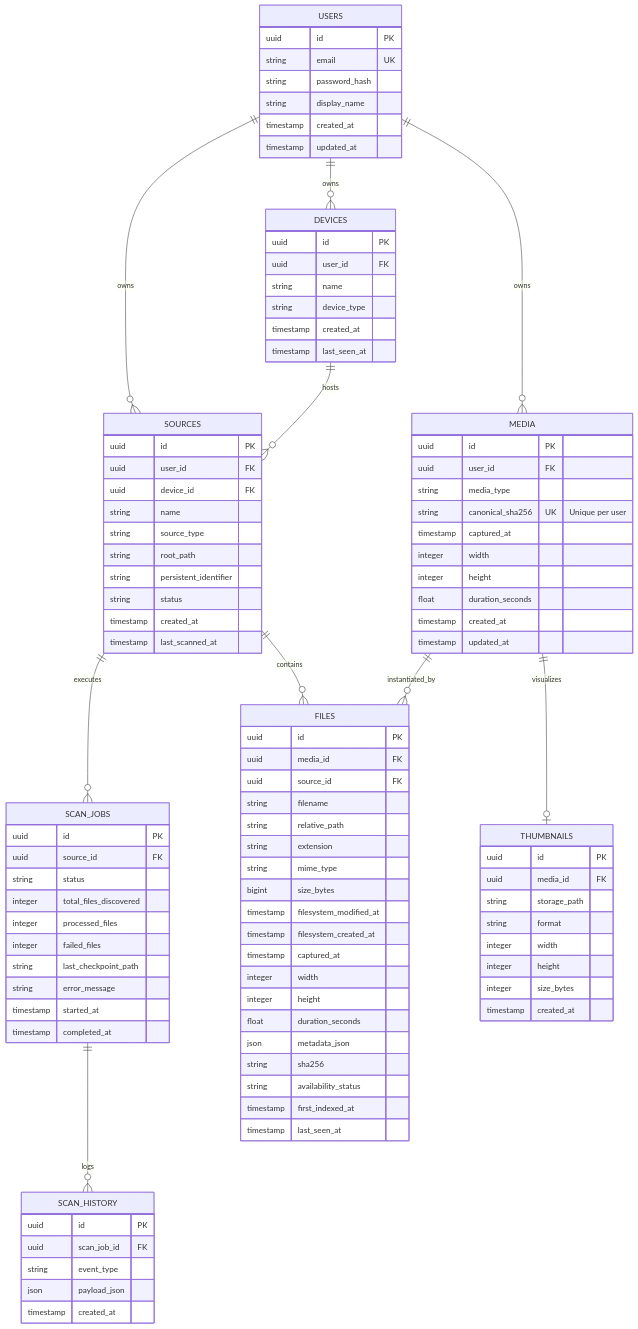
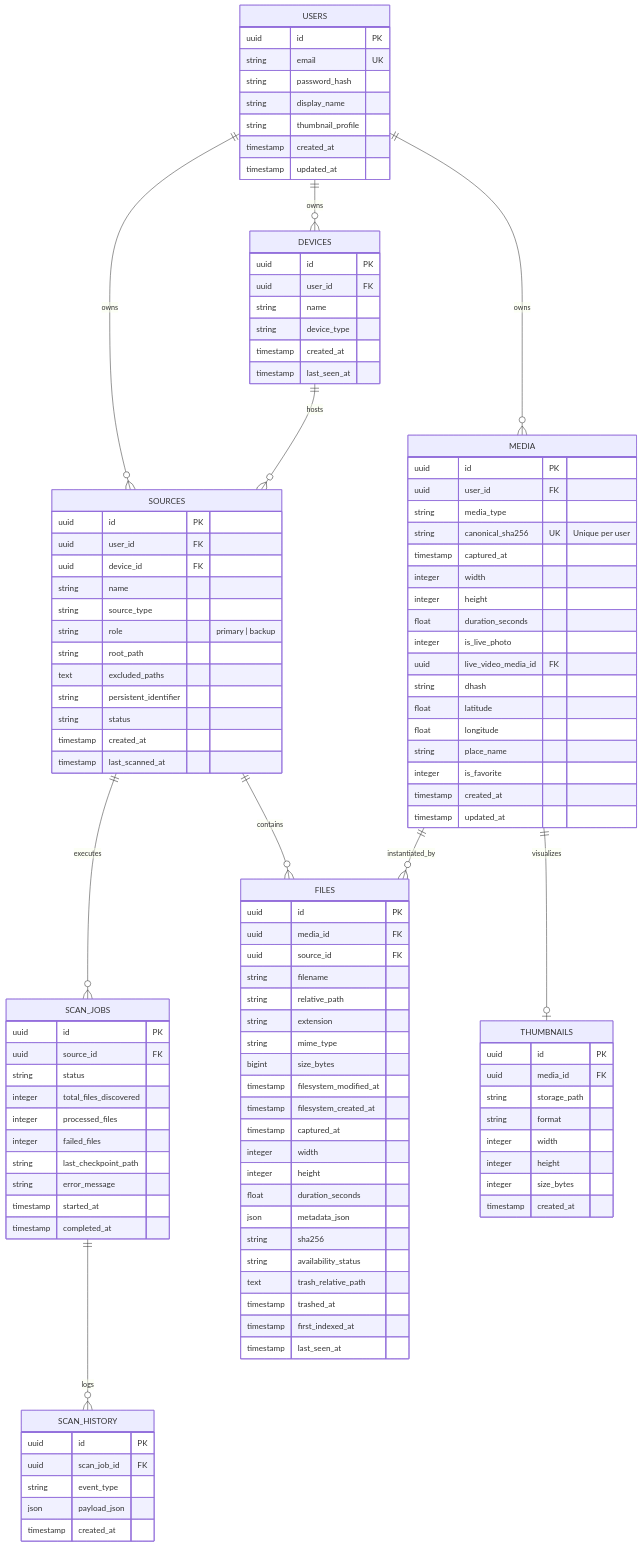
One commit to sirdan13/personal-media-manager changed the diagram in docs/database.md. Above: the diagram before and after it, drawn with Mermaid. The commit also changed other lines of this file and 11 other files, not shown here.

```diff
--- a/docs/database.md
+++ b/docs/database.md
@@ -19,6 +19,7 @@
         string email UK
         string password_hash
         string display_name
+        string thumbnail_profile
         timestamp created_at
         timestamp updated_at
     }
@@ -38,7 +39,9 @@
         uuid device_id FK
         string name
         string source_type
+        string role "primary | backup"
         string root_path
+        text excluded_paths
         string persistent_identifier
         string status
         timestamp created_at
@@ -54,6 +57,13 @@
         integer width
         integer height
         float duration_seconds
+        integer is_live_photo
+        uuid live_video_media_id FK
+        string dhash
+        float latitude
+        float longitude
+        string place_name
+        integer is_favorite
         timestamp created_at
         timestamp updated_at
     }
@@ -76,6 +86,8 @@
         json metadata_json
         string sha256
         string availability_status
+        text trash_relative_path
+        timestamp trashed_at
         timestamp first_indexed_at
         timestamp last_seen_at
     }
```
